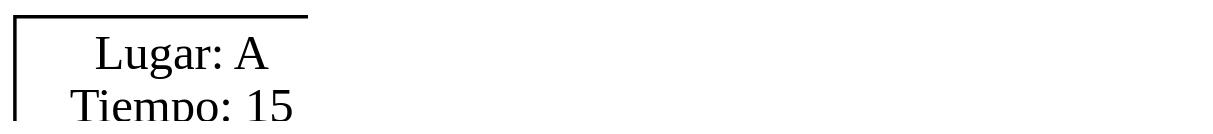
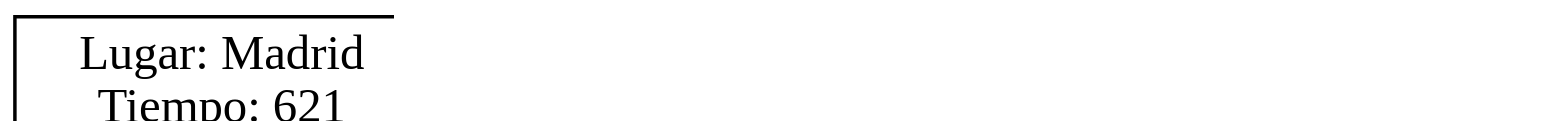
Before and after one commit to SevenPok/Proyecto_2_EDD: the diagram in [EDD]Proyecto_2/RutaCorta.dot, drawn with Graphviz. The commit also changed 27 other files, not shown here.

```diff
--- a/[EDD]Proyecto_2/RutaCorta.dot
+++ b/[EDD]Proyecto_2/RutaCorta.dot
@@ -1,11 +1,11 @@
 digraph G {
 
 graph [ dpi = 300 ];
 rankdir=LR size="8,5"
 	node [shape=record]
-A[label="Lugar: A\nTiempo: 15"]
-C[label="Lugar: C\nTiempo: 15"]
-D[label="Lugar: D\nTiempo: 15"]
-A->C->D
+Madrid[label="Lugar: Madrid\nTiempo: 621"]
+Zaragoza[label="Lugar: Zaragoza\nTiempo: 621"]
+Barcelona[label="Lugar: Barcelona\nTiempo: 621"]
+Madrid->Zaragoza->Barcelona
 
 }
```
